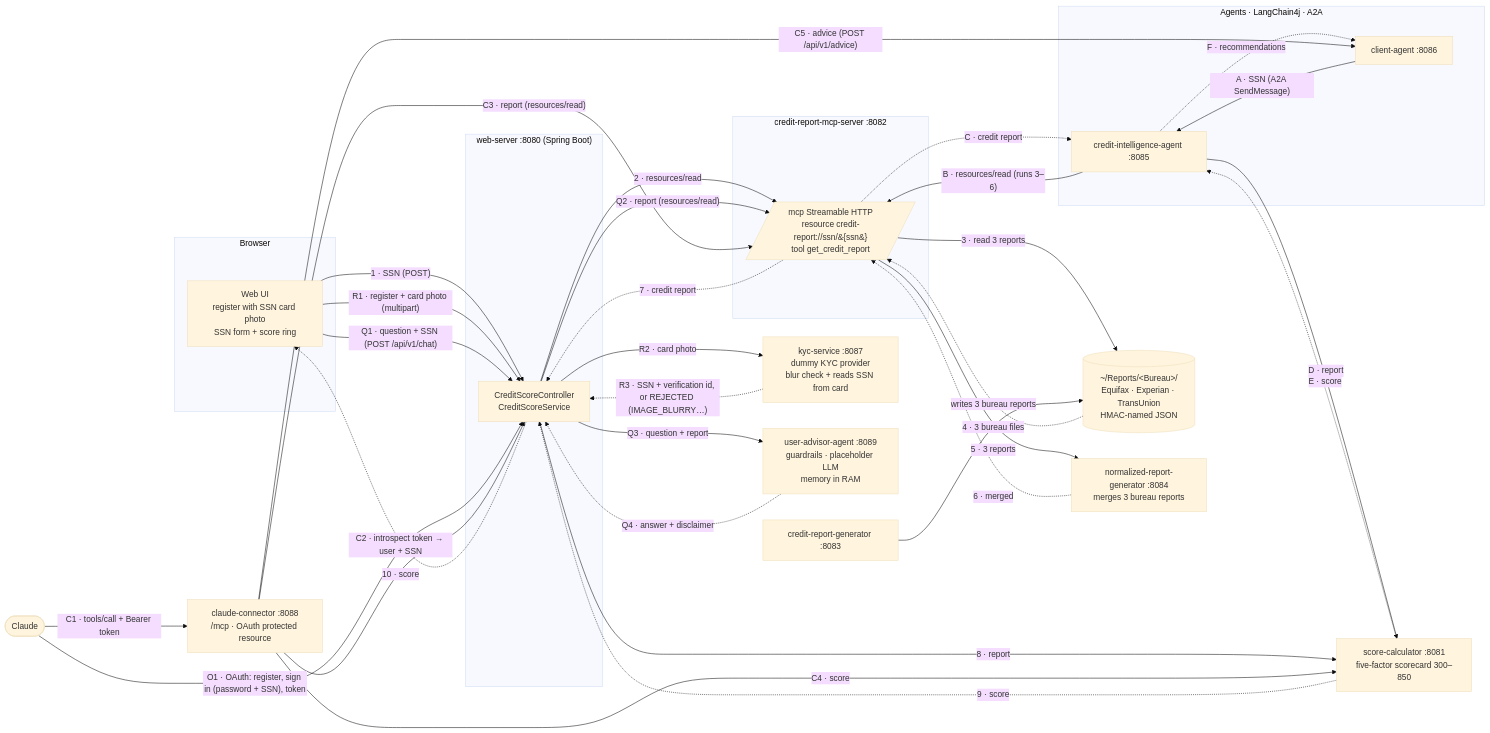
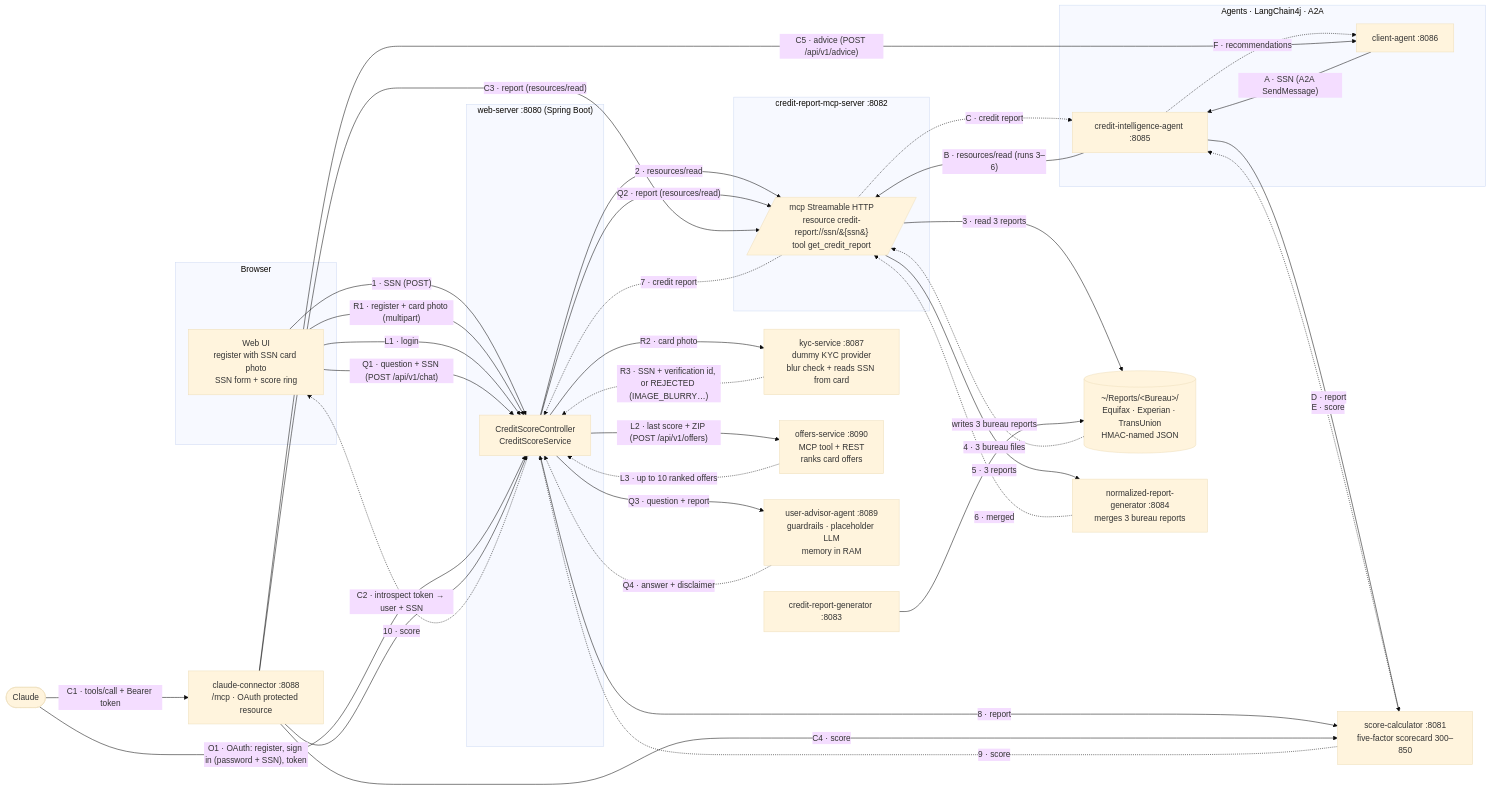
One commit to manojkhanwalkar/creditagent changed the first of 5 diagrams in docs/architecture.md. Above: the diagram before and after it, drawn with Mermaid (base theme). The commit also changed other lines of this file and 57 other files, not shown here.

First line of the commit message:
Add the Offers service: ranked credit card offers at login (#18)

````diff
--- a/docs/architecture.md
+++ b/docs/architecture.md
@@ -5,55 +5,59 @@
 ```mermaid
 flowchart LR
     subgraph Browser
         UI[Web UI<br/>register with SSN card photo<br/>SSN form + score ring]
     end
     subgraph Web["web-server :8080 (Spring Boot)"]
         WS[CreditScoreController<br/>CreditScoreService]
     end
     subgraph MCP["credit-report-mcp-server :8082"]
         M[/mcp Streamable HTTP<br/>resource credit-report://ssn/&#123;ssn&#125;<br/>tool get_credit_report/]
     end
     FS[(~/Reports/&lt;Bureau&gt;/<br/>Equifax · Experian · TransUnion<br/>HMAC-named JSON)]
     NRG[normalized-report-generator :8084<br/>merges 3 bureau reports]
     GEN[credit-report-generator :8083]
     SC[score-calculator :8081<br/>five-factor scorecard 300–850]
     KYC[kyc-service :8087<br/>dummy KYC provider<br/>blur check + reads SSN from card]
     subgraph Agents["Agents · LangChain4j · A2A"]
         CA[client-agent :8086]
         CIA[credit-intelligence-agent :8085]
     end
+    OFS[offers-service :8090<br/>MCP tool + REST<br/>ranks card offers]
     UAA[user-advisor-agent :8089<br/>guardrails · placeholder LLM<br/>memory in RAM]
     CL([Claude])
     CC[claude-connector :8088<br/>/mcp · OAuth protected resource]
 
     UI -- "1 · SSN (POST)" --> WS
     WS -- "2 · resources/read" --> M
     M -- "3 · read 3 reports" --> FS
     FS -. "4 · 3 bureau files" .-> M
     M -- "5 · 3 reports" --> NRG
     NRG -. "6 · merged" .-> M
     M -. "7 · credit report" .-> WS
     WS -- "8 · report" --> SC
     SC -. "9 · score" .-> WS
     WS -. "10 · score" .-> UI
     GEN -- "writes 3 bureau reports" --> FS
     UI -- "R1 · register + card photo (multipart)" --> WS
     WS -- "R2 · card photo" --> KYC
     KYC -. "R3 · SSN + verification id, or REJECTED (IMAGE_BLURRY…)" .-> WS
     CA -- "A · SSN (A2A SendMessage)" --> CIA
     CIA -- "B · resources/read (runs 3–6)" --> M
     M -. "C · credit report" .-> CIA
     CIA -- "D · report" --> SC
     SC -. "E · score" .-> CIA
     CIA -. "F · recommendations" .-> CA
+    UI -- "L1 · login" --> WS
+    WS -- "L2 · last score + ZIP (POST /api/v1/offers)" --> OFS
+    OFS -. "L3 · up to 10 ranked offers" .-> WS
     UI -- "Q1 · question + SSN (POST /api/v1/chat)" --> WS
     WS -- "Q2 · report (resources/read)" --> M
     WS -- "Q3 · question + report" --> UAA
     UAA -. "Q4 · answer + disclaimer" .-> WS
     CL -- "O1 · OAuth: register, sign in (password + SSN), token" --> WS
     CL -- "C1 · tools/call + Bearer token" --> CC
     CC -- "C2 · introspect token → user + SSN" --> WS
     CC -- "C3 · report (resources/read)" --> M
     CC -- "C4 · score" --> SC
     CC -- "C5 · advice (POST /api/v1/advice)" --> CA
 ```
````
